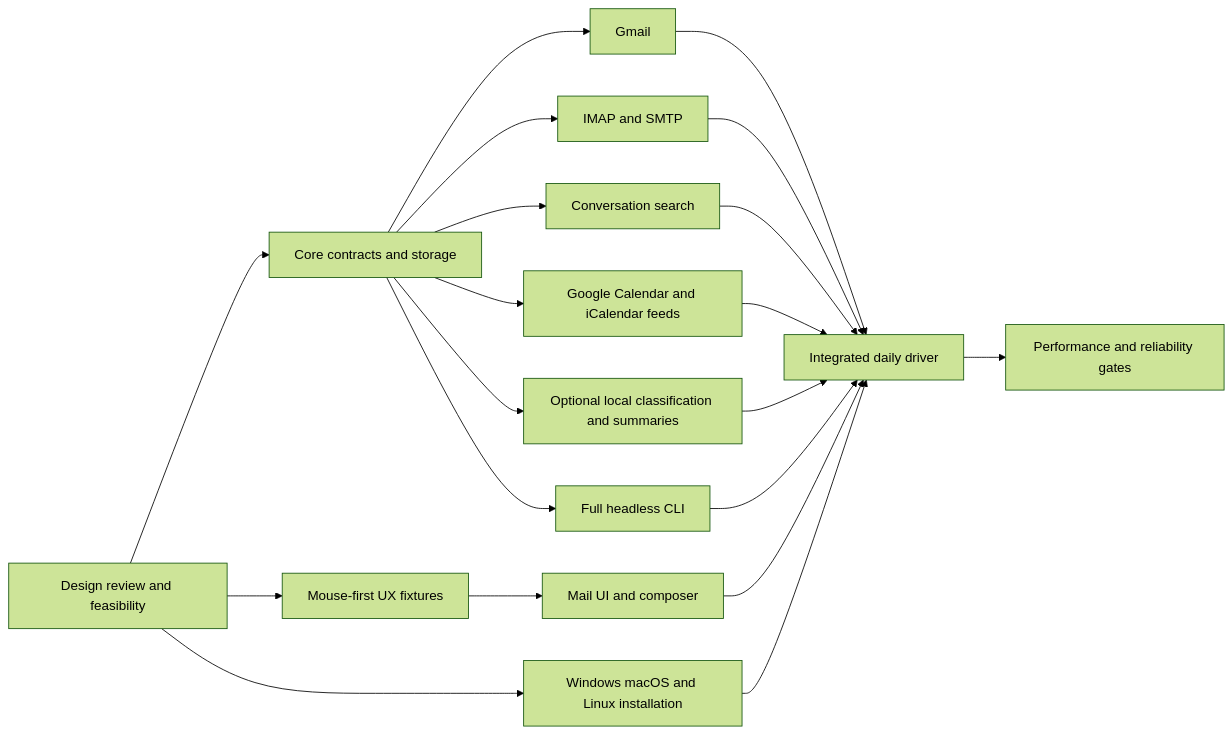
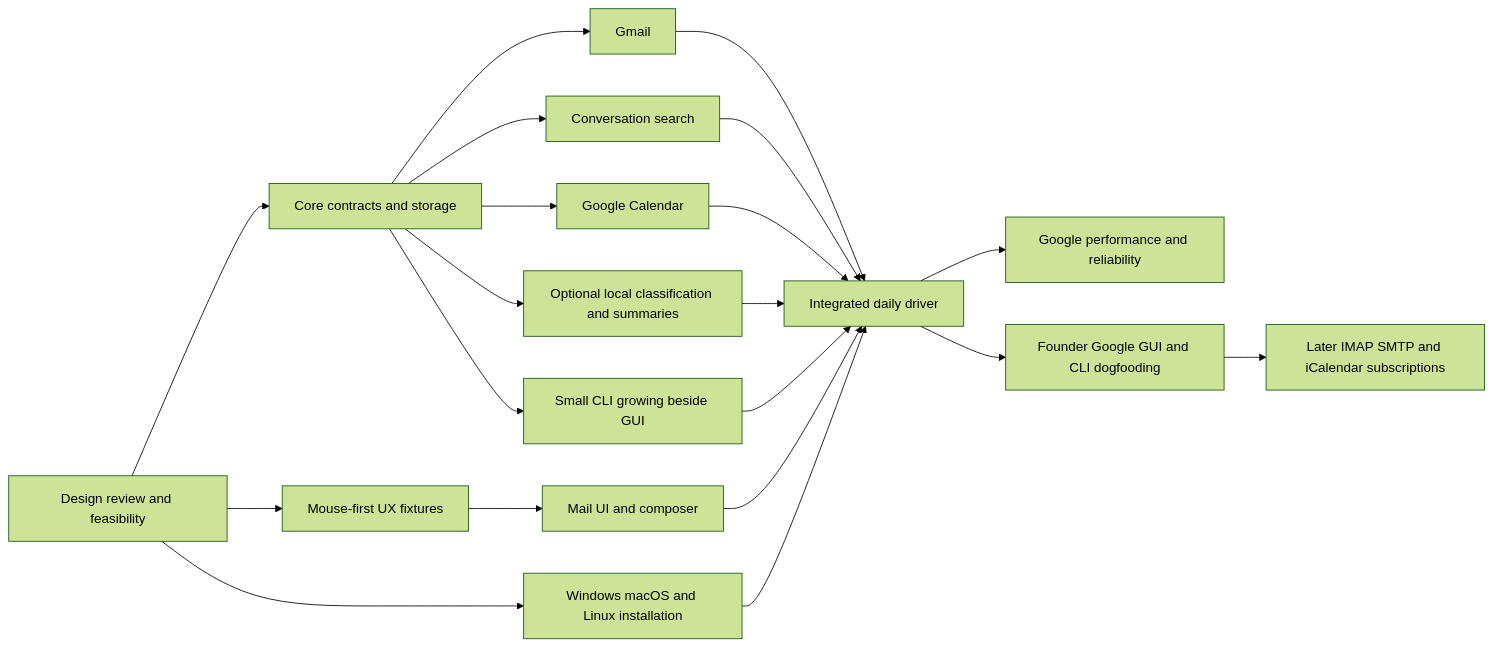
One commit to yegors/fuckMail changed the diagram in docs/contracts/README.md. Above: the diagram before and after it, drawn with Mermaid (forest theme). The commit also changed other lines of this file and 34 other files, not shown here.

````diff
--- a/docs/contracts/README.md
+++ b/docs/contracts/README.md
@@ -60,22 +60,22 @@
 ```mermaid
 flowchart LR
     P0[Design review and feasibility] --> A[Core contracts and storage]
     P0 --> UX[Mouse-first UX fixtures]
     A --> B[Gmail]
-    A --> C[IMAP and SMTP]
     A --> D[Conversation search]
-    A --> F[Google Calendar and iCalendar feeds]
+    A --> F[Google Calendar]
     A --> H[Optional local classification and summaries]
-    A --> CLI[Full headless CLI]
+    A --> CLI[Small CLI growing beside GUI]
     UX --> E[Mail UI and composer]
     B --> I[Integrated daily driver]
-    C --> I
     D --> I
     F --> I
     E --> I
     H --> I
     CLI --> I
     P0 --> G[Windows macOS and Linux installation]
     G --> I
-    I --> MVP[Performance and reliability gates]
+    I --> MVP[Google performance and reliability]
+    I --> DOG[Founder Google GUI and CLI dogfooding]
+    DOG --> LEG[Later IMAP SMTP and iCalendar subscriptions]
 ```
````
